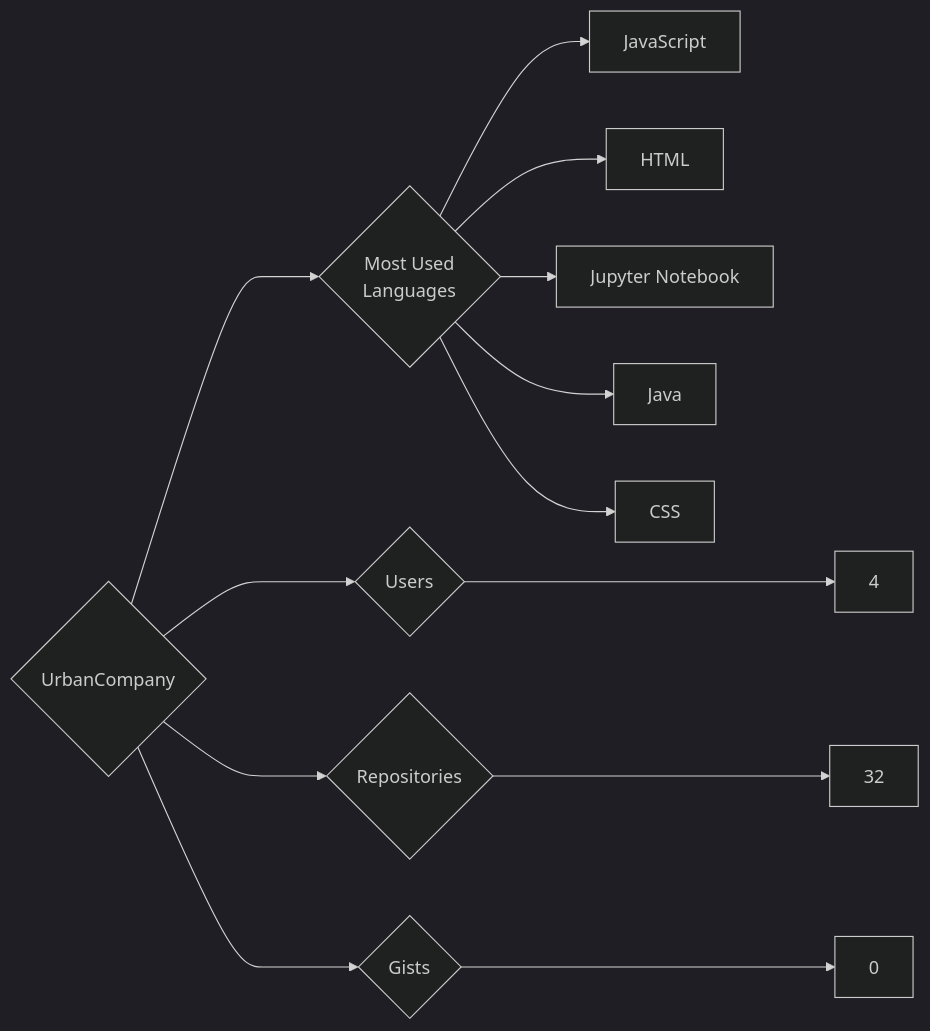
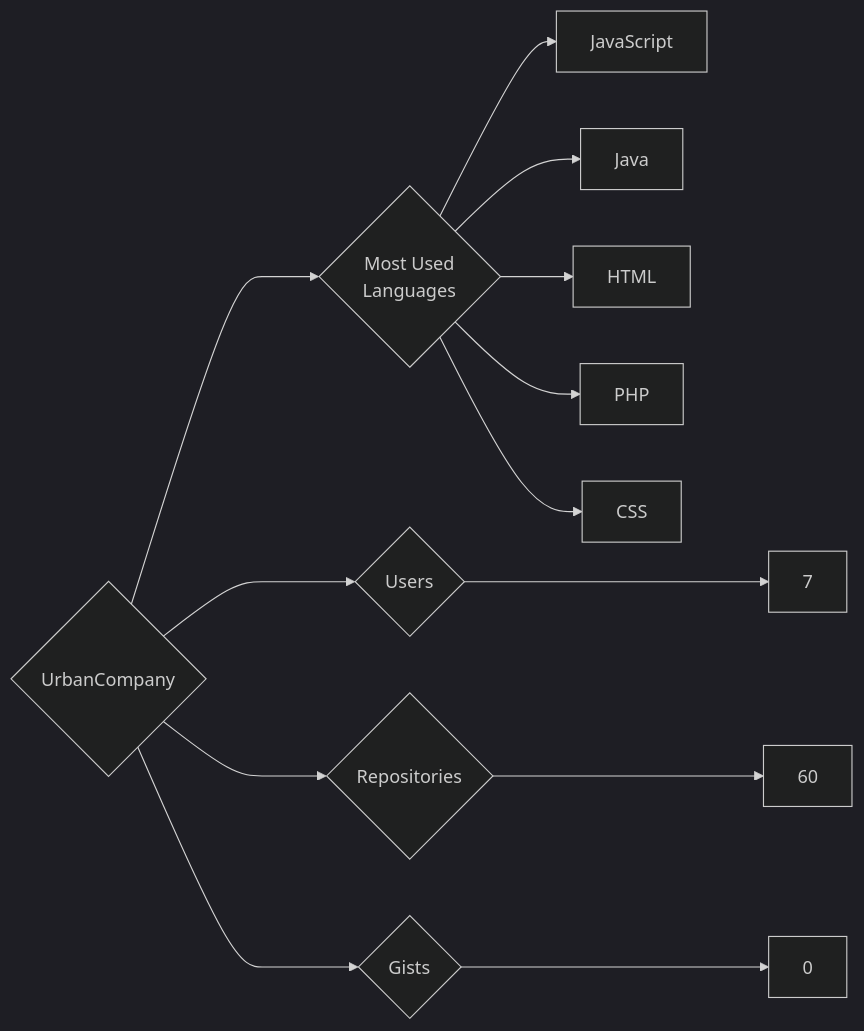
One commit to trickest/insiders changed the diagram in targets/UrbanCompany/README.md. Above: the diagram before and after it, drawn with Mermaid (dark theme). The commit also changed 973 other files, not shown here.

````diff
--- a/targets/UrbanCompany/README.md
+++ b/targets/UrbanCompany/README.md
@@ -3,13 +3,13 @@
 ```mermaid
 graph LR
 COMPANY_NAME{UrbanCompany}
-COMPANY_NAME ---> U{Users} ---> UN[4]
-COMPANY_NAME ---> R{Repositories} ---> RN[32]
+COMPANY_NAME ---> U{Users} ---> UN[7]
+COMPANY_NAME ---> R{Repositories} ---> RN[60]
 COMPANY_NAME ---> G{Gists} ---> GN[0]
 COMPANY_NAME ---> ML{Most Used<br>Languages}
 ML --> JavaScript[JavaScript]
+ML --> Java[Java]
 ML --> HTML[HTML]
-ML --> Jupyter_Notebook[Jupyter Notebook]
-ML --> Java[Java]
+ML --> PHP[PHP]
 ML --> CSS[CSS]
 ```
````
